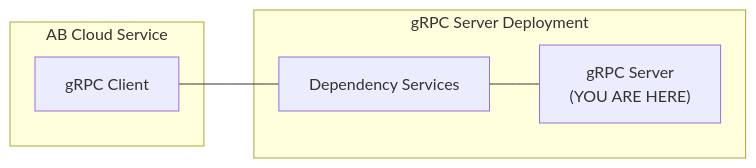
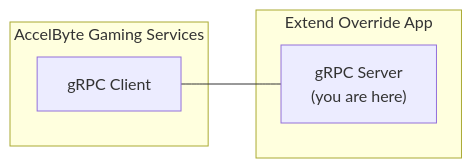
One commit to AccelByte/matchmaking-function-grpc-plugin-server-go changed the diagram in README.md. Above: the diagram before and after it, drawn with Mermaid. The commit also changed other lines of this file, not shown here.

````diff
--- a/README.md
+++ b/README.md
@@ -3,12 +3,10 @@
 ```mermaid
 flowchart LR
-   subgraph AB Cloud Service
+   subgraph AccelByte Gaming Services
    CL[gRPC Client]
    end
-   subgraph gRPC Server Deployment
-   SV["gRPC Server\n(YOU ARE HERE)"]
-   DS[Dependency Services]
-   CL --- DS
+   subgraph Extend Override App
+   SV["gRPC Server\n(you are here)"]
    end
-   DS --- SV
+   CL --- SV
 ```
````
